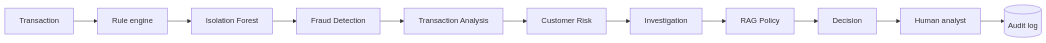
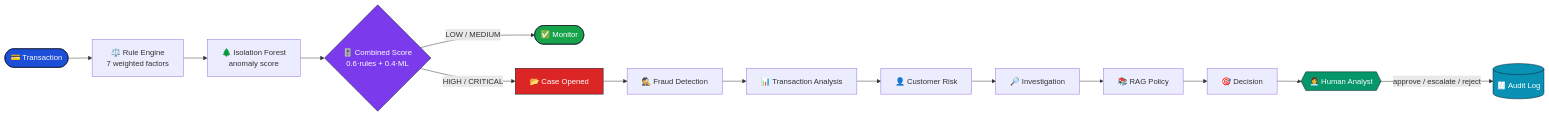
One commit to saifullah857/aegisbank-ai changed the first of 4 diagrams in README.md. Above: the diagram before and after it, drawn with Mermaid. The commit also changed other lines of this file, not shown here.

````diff
--- a/README.md
+++ b/README.md
@@ -13,6 +96,19 @@
 ```mermaid
 flowchart LR
-  T[Transaction] --> R[Rule engine] --> M[Isolation Forest] --> A1[Fraud Detection]
-  A1 --> A2[Transaction Analysis] --> A3[Customer Risk] --> A4[Investigation] --> A5[RAG Policy] --> A6[Decision]
-  A6 --> H[Human analyst] --> L[(Audit log)]
+    T([💳 Transaction]) --> R[⚖️ Rule Engine<br/>7 weighted factors]
+    R --> M[🌲 Isolation Forest<br/>anomaly score]
+    M --> S{🎚️ Combined Score<br/>0.6·rules + 0.4·ML}
+    S -->|LOW / MEDIUM| OK([✅ Monitor])
+    S -->|HIGH / CRITICAL| C[📂 Case Opened]
+    C --> A1[🕵️ Fraud Detection] --> A2[📊 Transaction Analysis] --> A3[👤 Customer Risk]
+    A3 --> A4[🔎 Investigation] --> A5[📚 RAG Policy] --> A6[🎯 Decision]
+    A6 --> H{{👩‍💼 Human Analyst}}
+    H -->|approve / escalate / reject| L[(🧾 Audit Log)]
+
+    style T fill:#1d4ed8,color:#fff,stroke:#0f172a
+    style S fill:#7c3aed,color:#fff,stroke:#0f172a
+    style C fill:#dc2626,color:#fff,stroke:#0f172a
+    style H fill:#059669,color:#fff,stroke:#0f172a
+    style L fill:#0891b2,color:#fff,stroke:#0f172a
+    style OK fill:#16a34a,color:#fff,stroke:#0f172a
 ```
````
